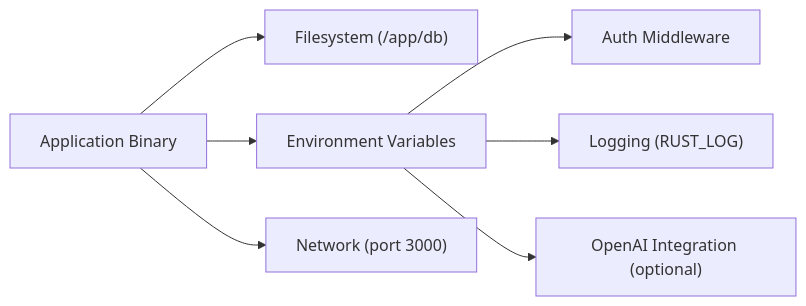
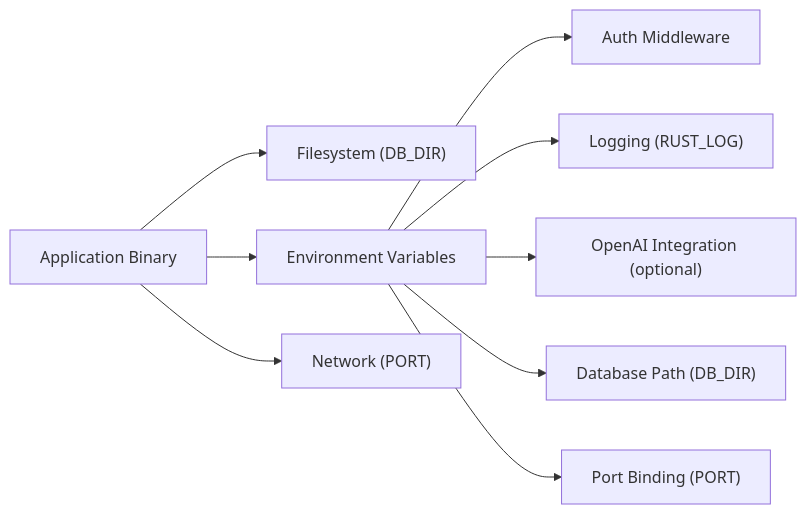
Before and after one commit to sutanto1010/crablite: the third of 3 diagrams in .qoder/repowiki/en/content/Deployment & Operations/Docker Deployment.md, drawn with Mermaid. The commit also changed other lines of this file and 47 other files, not shown here.

````diff
--- a/.qoder/repowiki/en/content/Deployment & Operations/Docker Deployment.md
+++ b/.qoder/repowiki/en/content/Deployment & Operations/Docker Deployment.md
@@ -226,9 +339,11 @@
 ```mermaid
 graph LR
-App["Application Binary"] --> FS["Filesystem (/app/db)"]
+App["Application Binary"] --> FS["Filesystem (DB_DIR)"]
 App --> Env["Environment Variables"]
-App --> Net["Network (port 3000)"]
+App --> Net["Network (PORT)"]
 Env --> Auth["Auth Middleware"]
 Env --> Log["Logging (RUST_LOG)"]
 Env --> AI["OpenAI Integration (optional)"]
+Env --> DBPath["Database Path (DB_DIR)"]
+Env --> Port["Port Binding (PORT)"]
 ```
````
